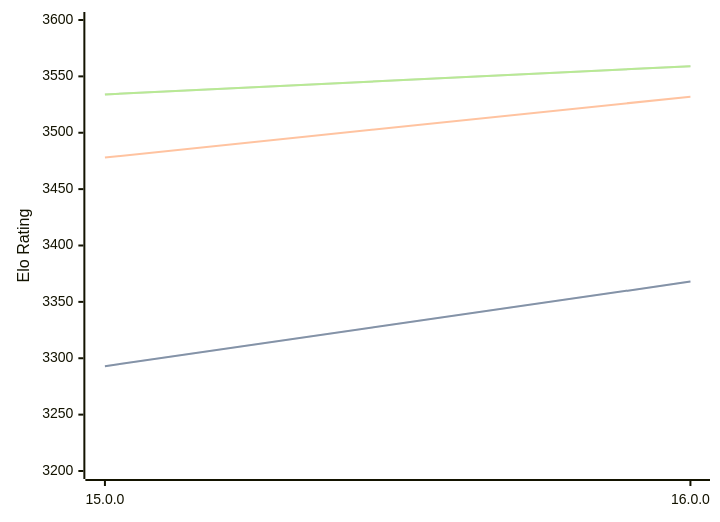
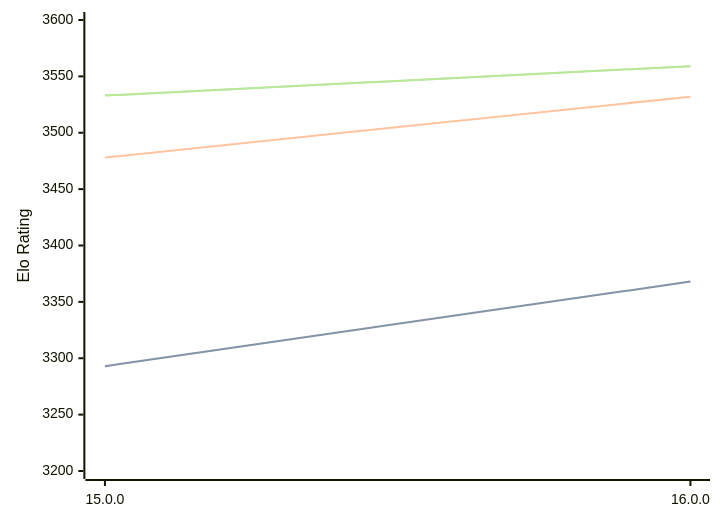
One commit to computer-chess-index/cci changed the diagram in engines/Halogen.md. Above: the diagram before and after it, drawn with Mermaid. The commit also changed other lines of this file, not shown here.

Commit message:
Update CCI Ratings (ELO VLTC) - 2026-09-21

````diff
--- a/engines/Halogen.md
+++ b/engines/Halogen.md
@@ -32,11 +32,11 @@
 ```mermaid
 %%{init: {"theme":"base","themeVariables":{"seriesColors:['#a3a3a3','#222221','#faa371']}}}%%
 xychart-beta
   x-axis ["15.0.0", "16.0.0"]
   y-axis "Elo Rating" 3200 --> 3600
   line "" [3293, 3368]
   line "STC (8.0+0.08s)" [3293, 3368]
   line "LTC (60.0+0.60s)" [3478, 3532]
-  line "" [3534, 3559]
-  line "VLTC (2m24s+1.12s)" [3534, 3559]
+  line "" [3533, 3559]
+  line "VLTC (2m24s+1.12s)" [3533, 3559]
 ```
````
